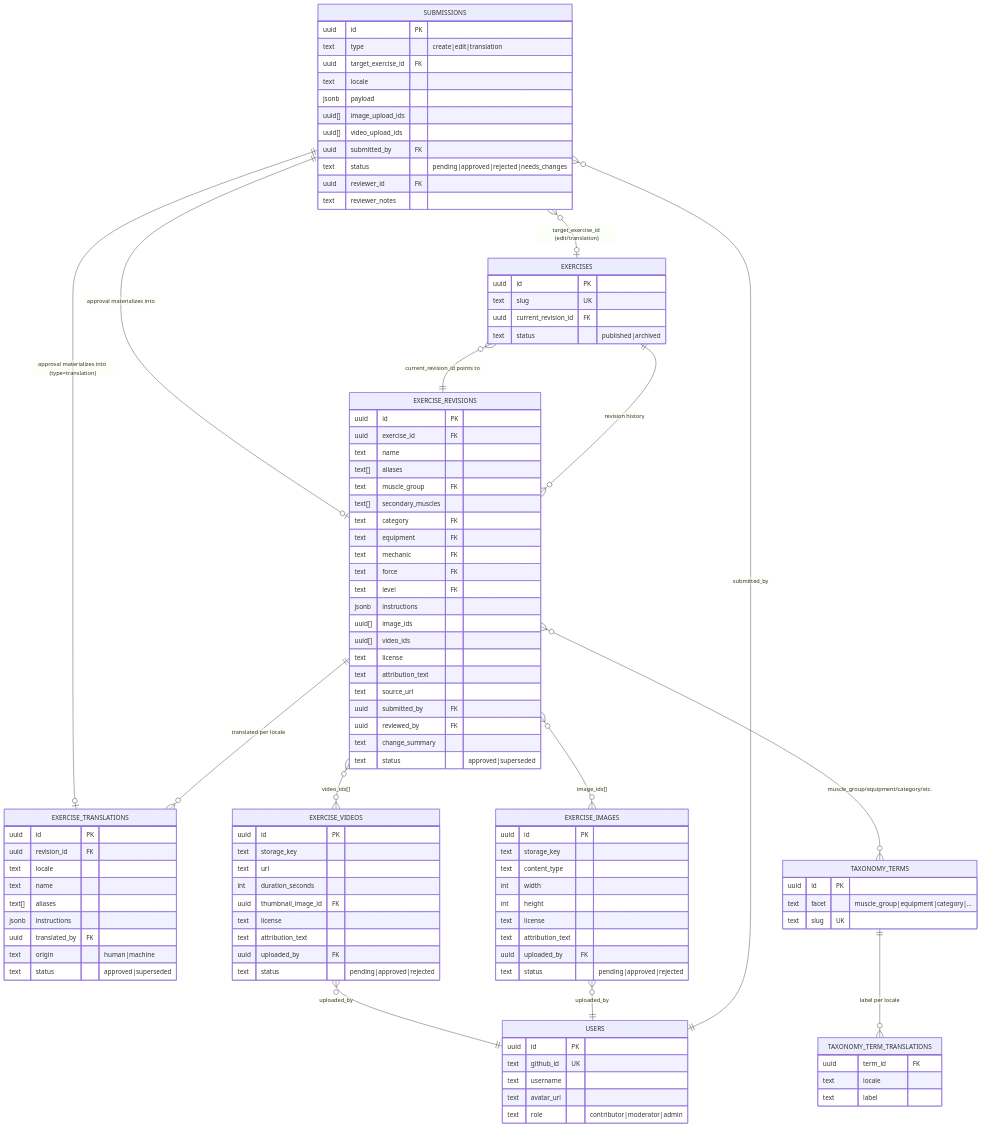
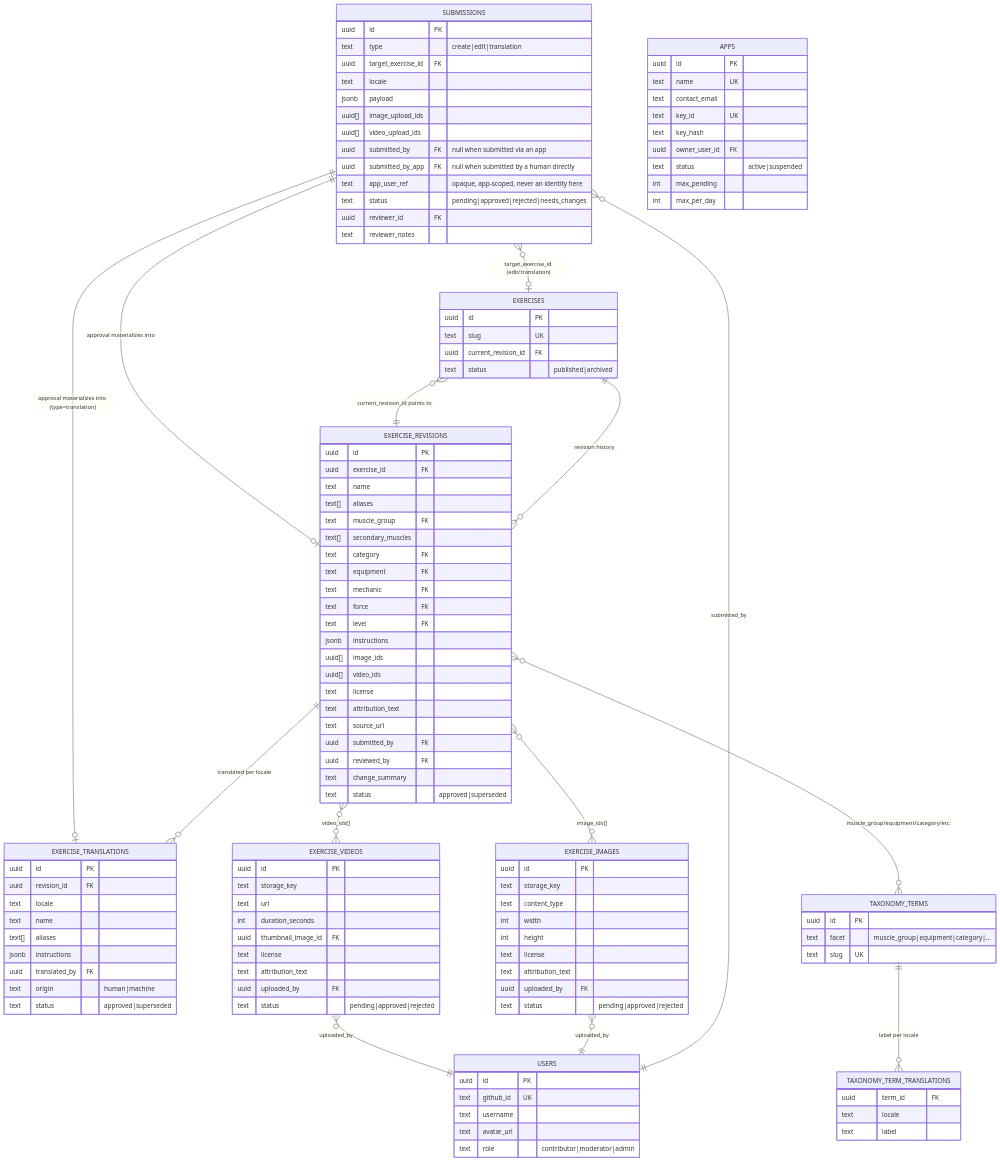
The second of 2 diagrams in docs/DESIGN.md (Cawlumm/open-exercise-db), drawn with Mermaid before and after one commit. The commit also changed other lines of this file and 1 other file, not shown here.

```diff
--- a/docs/DESIGN.md
+++ b/docs/DESIGN.md
@@ -130,7 +130,9 @@
         jsonb payload
         uuid[] image_upload_ids
         uuid[] video_upload_ids
-        uuid submitted_by FK
+        uuid submitted_by FK "null when submitted via an app"
+        uuid submitted_by_app FK "null when submitted by a human directly"
+        text app_user_ref "opaque, app-scoped, never an identity here"
         text status "pending|approved|rejected|needs_changes"
         uuid reviewer_id FK
         text reviewer_notes
@@ -141,6 +143,17 @@
         text username
         text avatar_url
         text role "contributor|moderator|admin"
+    }
+    APPS {
+        uuid id PK
+        text name UK
+        text contact_email
+        text key_id UK
+        text key_hash
+        uuid owner_user_id FK
+        text status "active|suspended"
+        int max_pending
+        int max_per_day
     }
     EXERCISE_IMAGES {
         uuid id PK
```
